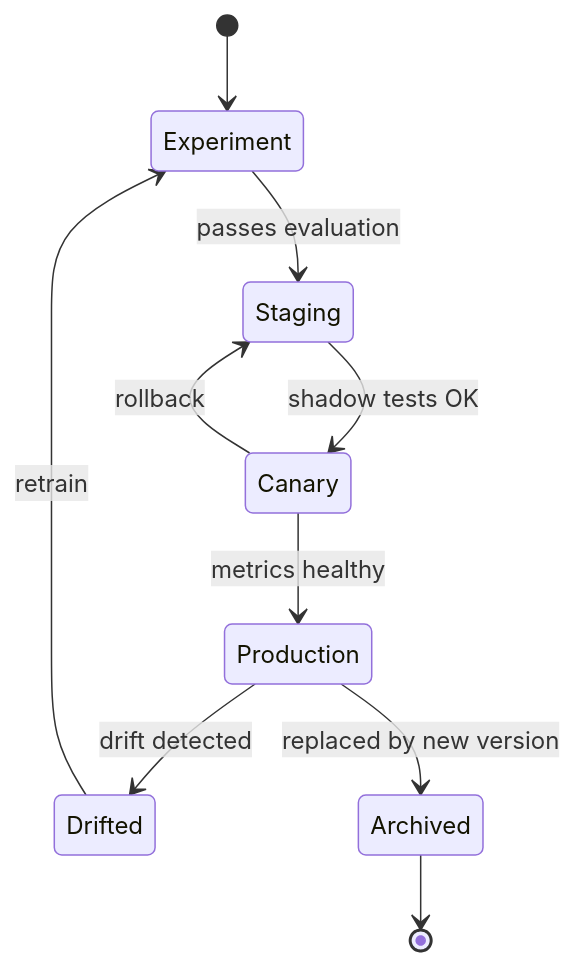
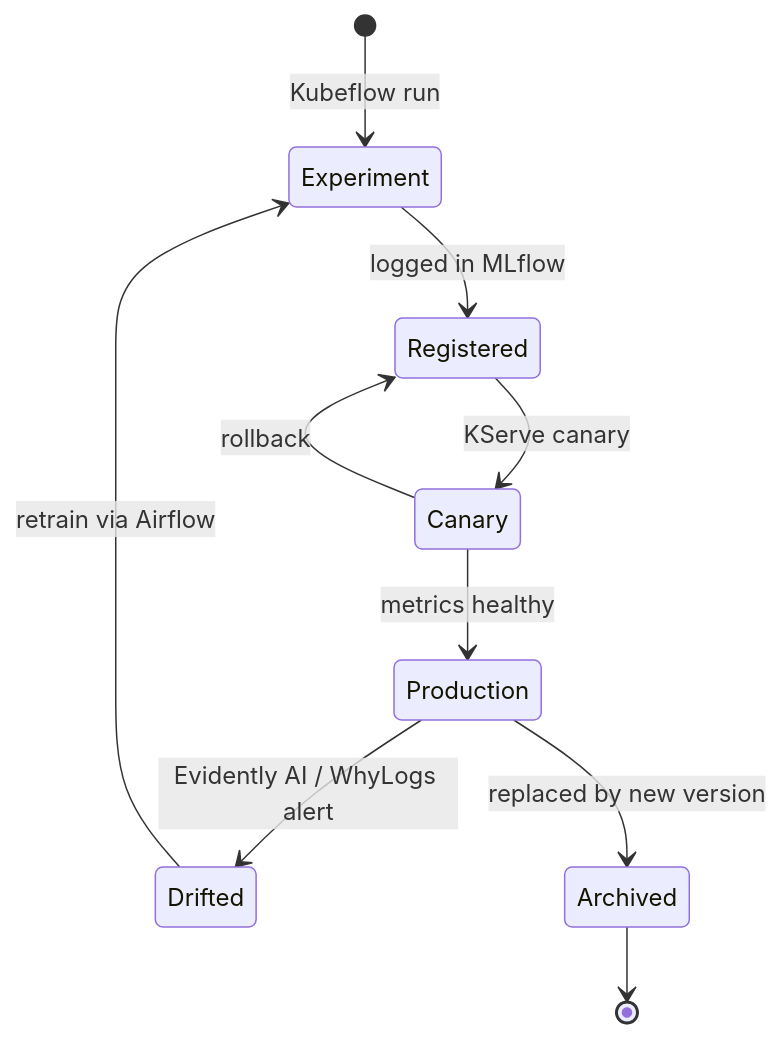
Diagram 11 of 25 in README.md (muntaha747/FinTech-Enterprise-Project), drawn with Mermaid before and after one commit. The commit also changed other lines of this file and 1 other file, not shown here.

First line of the commit message:
README: align the whole README with the two architecture diagrams [skip ci]

````diff
--- a/README.md
+++ b/README.md
@@ -878,12 +669,12 @@
 ```mermaid
 stateDiagram-v2
-    [*] --> Experiment
-    Experiment --> Staging: passes evaluation
-    Staging --> Canary: shadow tests OK
+    [*] --> Experiment: Kubeflow run
+    Experiment --> Registered: logged in MLflow
+    Registered --> Canary: KServe canary
     Canary --> Production: metrics healthy
-    Production --> Drifted: drift detected
-    Drifted --> Experiment: retrain
-    Canary --> Staging: rollback
+    Production --> Drifted: Evidently AI / WhyLogs alert
+    Drifted --> Experiment: retrain via Airflow
+    Canary --> Registered: rollback
     Production --> Archived: replaced by new version
     Archived --> [*]
 ```
````
